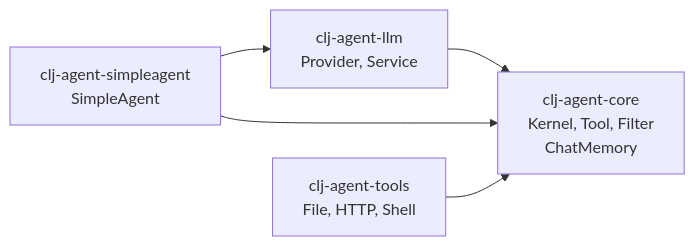
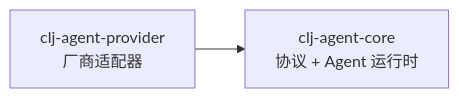
The second of 2 diagrams in README.md (TTalkPro/clj-agent), drawn with Mermaid before and after one commit. The commit also changed other lines of this file and 12 other files, not shown here.

````diff
--- a/README.md
+++ b/README.md
@@ -83,12 +78,7 @@
 ```mermaid
 graph LR
-    core[clj-agent-core<br/>Kernel, Tool, Filter<br/>ChatMemory]
-    llm[clj-agent-llm<br/>Provider, Service]
-    sa[clj-agent-simpleagent<br/>SimpleAgent]
-    tools[clj-agent-tools<br/>File, HTTP, Shell]
+    provider[clj-agent-provider<br/>厂商适配器]
+    core[clj-agent-core<br/>协议 + Agent 运行时]
 
-    llm --> core
-    sa --> core
-    sa --> llm
-    tools --> core
+    provider --> core
 ```
````
